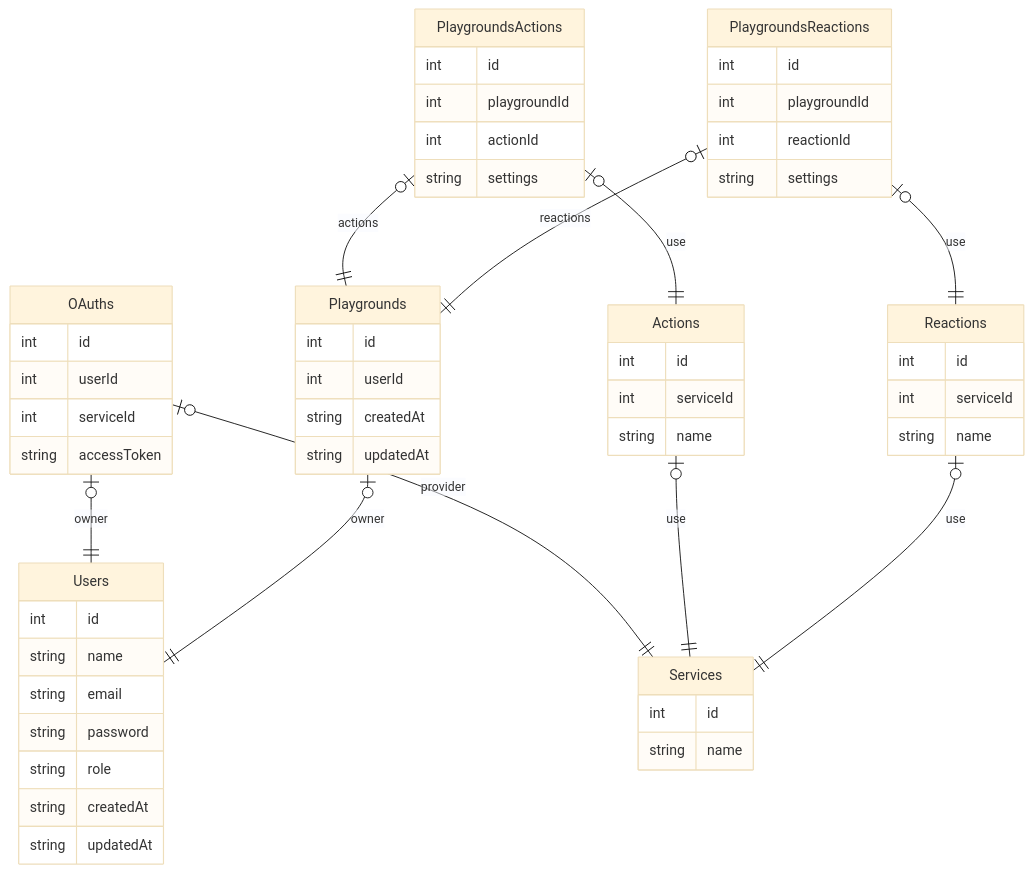
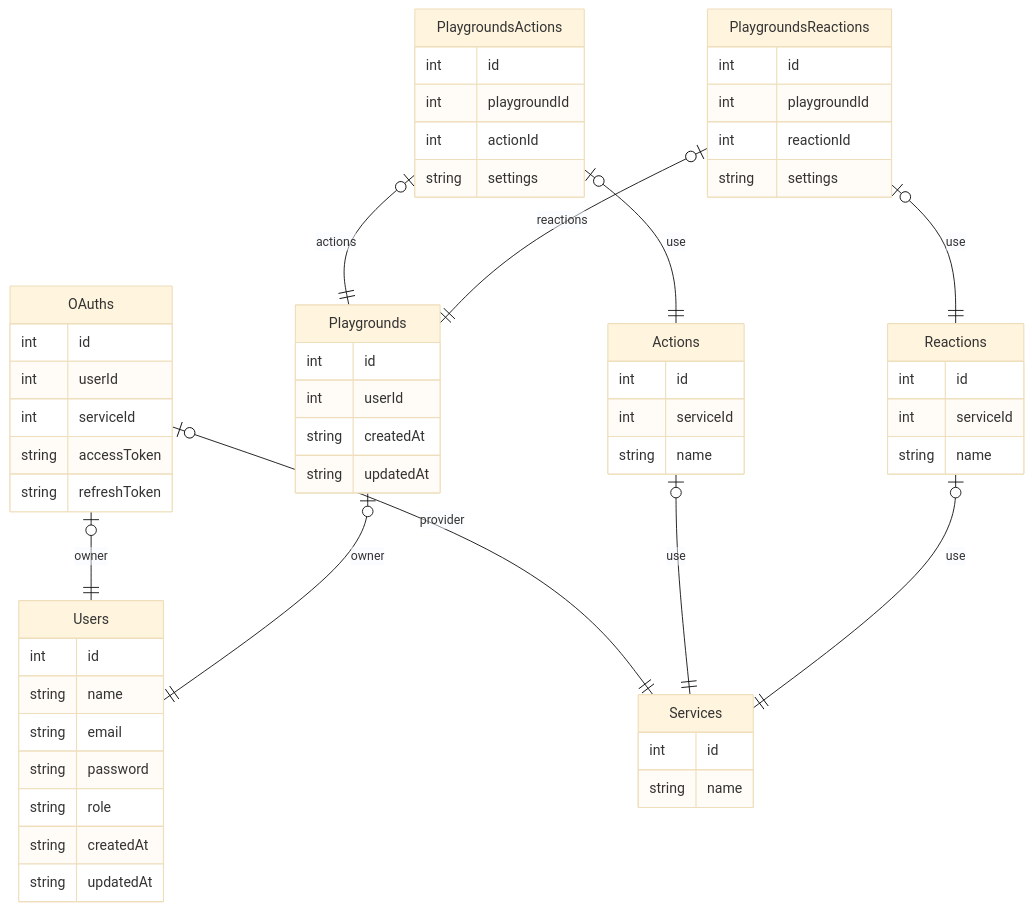
One commit to TriggerMeNot/backend changed the diagram in README.md. Above: the diagram before and after it, drawn with Mermaid (base theme). The commit also changed other lines of this file and 10 other files, not shown here.

````diff
--- a/README.md
+++ b/README.md
@@ -93,67 +94,68 @@
 ```mermaid
 erDiagram
 
 Users {
     int id
     string name
     string email
     string password
     string role
     string createdAt
     string updatedAt
 }
 
 Services {
     int id
     string name
 }
 
 OAuths {
     int id
     int userId
     int serviceId
     string accessToken
+    string refreshToken
 }
 OAuths |o--|| Users : owner
 OAuths |o--|| Services : provider
 
 Actions {
     int id
     int serviceId
     string name
 }
 Actions |o--|| Services : use
 
 Reactions {
     int id
     int serviceId
     string name
 }
 Reactions |o--|| Services : use
 
 Playgrounds {
     int id
     int userId
     string createdAt
     string updatedAt
 }
 Playgrounds |o--|| Users : owner
 
 PlaygroundsActions {
     int id
     int playgroundId
     int actionId
     string settings
 }
 PlaygroundsActions |o--|| Playgrounds : actions
 PlaygroundsActions |o--|| Actions : use
 
 PlaygroundsReactions {
     int id
     int playgroundId
     int reactionId
     string settings
 }
 PlaygroundsReactions |o--|| Playgrounds : reactions
 PlaygroundsReactions |o--|| Reactions : use
 ```
````
